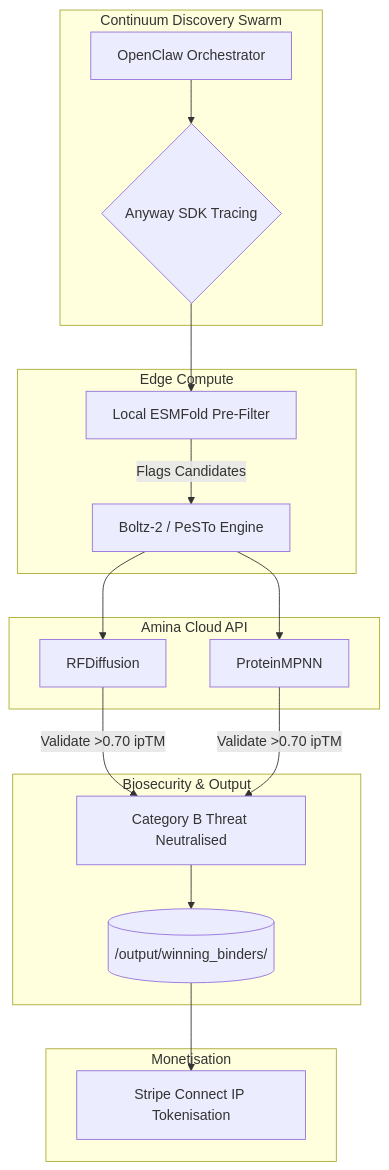
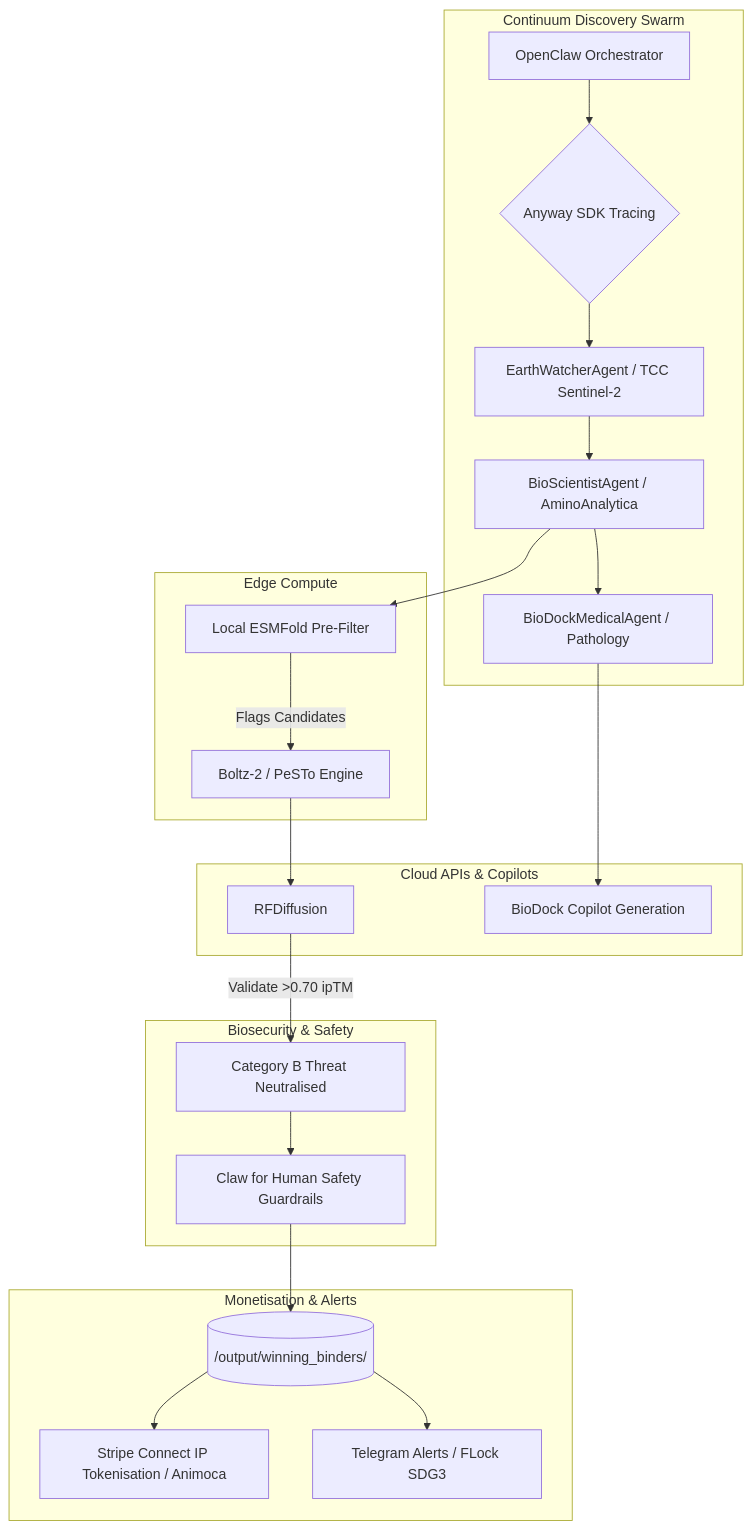
The diagram in README.md (pkaysantana/continuum-discovery), drawn with Mermaid before and after one commit. The commit also changed other lines of this file and 47 other files, not shown here.

Commit message:
Update README and biodefense swarm architecture for multiple hackathon tracks

````diff
--- a/README.md
+++ b/README.md
@@ -100,25 +31,30 @@
 ```mermaid
 graph TD
     subgraph Continuum Discovery Swarm
         A[OpenClaw Orchestrator] --> B{Anyway SDK Tracing}
+        B --> EW[EarthWatcherAgent / TCC Sentinel-2]
+        EW --> BS[BioScientistAgent / AminoAnalytica]
+        BS --> BD[BioDockMedicalAgent / Pathology]
     end
 
     subgraph Edge Compute
-        B --> C[Local ESMFold Pre-Filter]
+        BS --> C[Local ESMFold Pre-Filter]
         C -- Flags Candidates --> D
     end
 
-    subgraph Amina Cloud API
+    subgraph Cloud APIs & Copilots
         D[Boltz-2 / PeSTo Engine] --> E[RFDiffusion]
-        D --> F[ProteinMPNN]
+        BD --> Copilot[BioDock Copilot Generation]
     end
 
-    subgraph Biosecurity & Output
-        E & F -- Validate >0.70 ipTM --> G[Category B Threat Neutralised]
-        G --> H[(/output/winning_binders/)]
+    subgraph Biosecurity & Safety
+        E -- Validate >0.70 ipTM --> G[Category B Threat Neutralised]
+        G --> Safety[Claw for Human Safety Guardrails]
     end
 
-    subgraph Monetisation
-        H --> I[Stripe Connect IP Tokenisation]
+    subgraph Monetisation & Alerts
+        Safety --> H[(/output/winning_binders/)]
+        H --> I[Stripe Connect IP Tokenisation / Animoca]
+        H --> TG[Telegram Alerts / FLock SDG3]
     end
 ```
````
